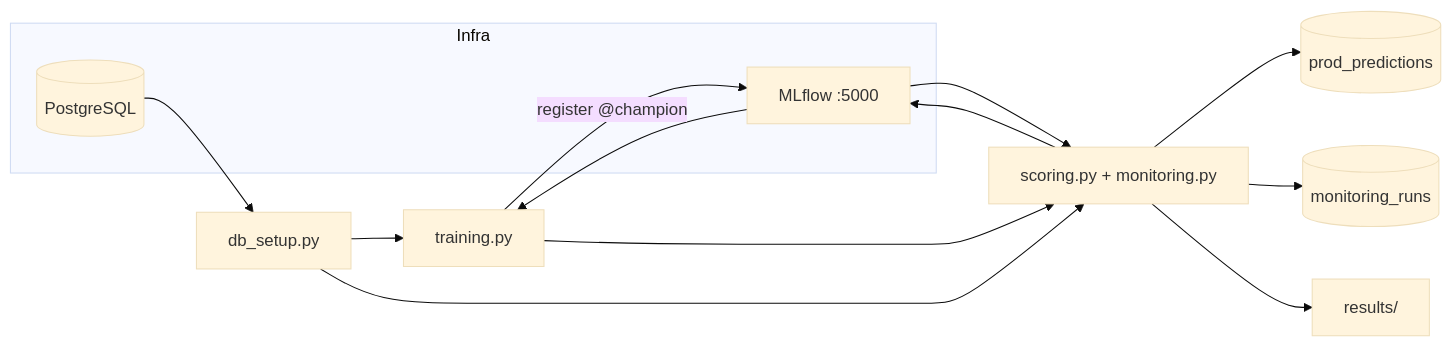
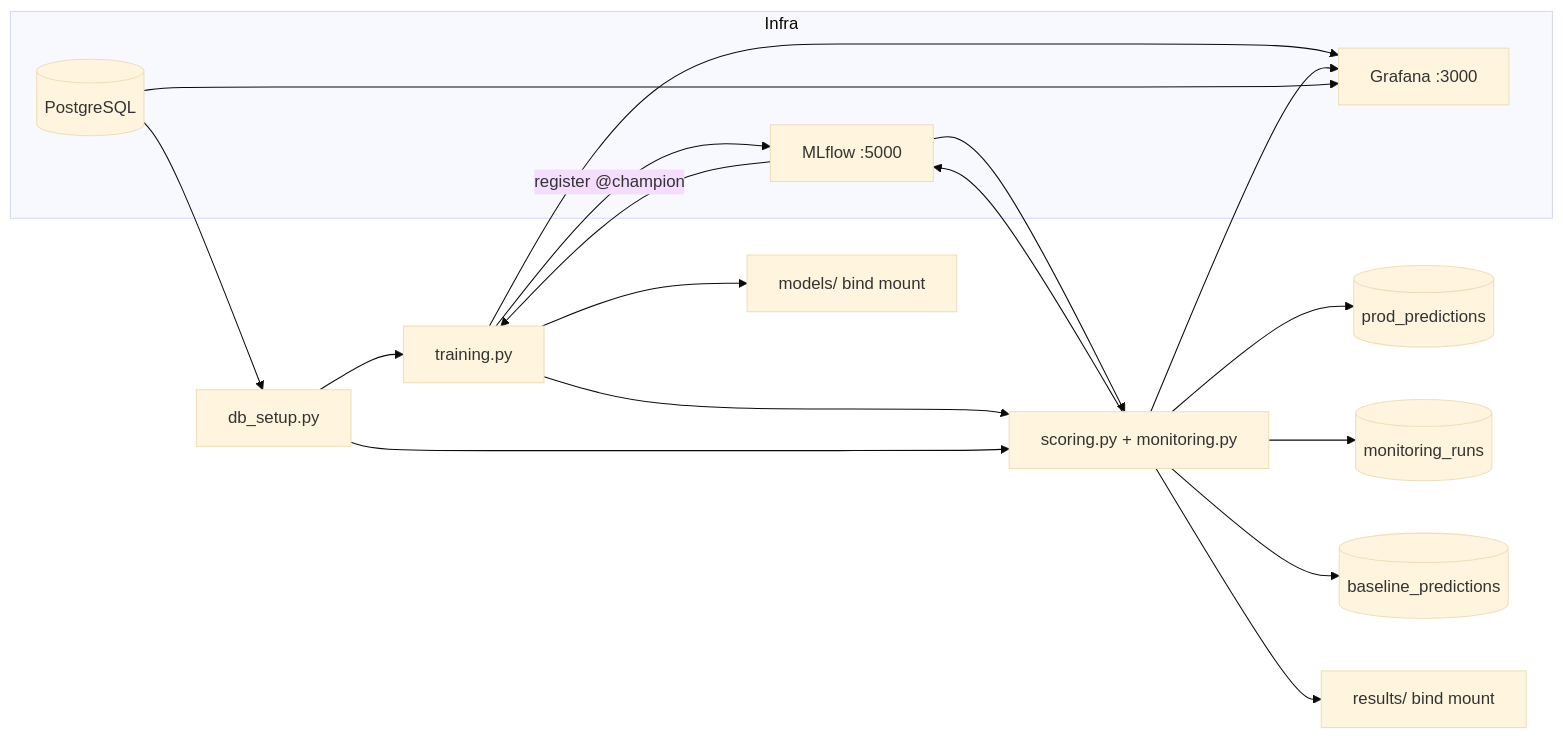
One commit to lucasgaggino/metlife_challenge changed the first of 2 diagrams in CHALLENGE_ENTREGA.md. Above: the diagram before and after it, drawn with Mermaid (base theme). The commit also changed other lines of this file and 4 other files, not shown here.

````diff
--- a/CHALLENGE_ENTREGA.md
+++ b/CHALLENGE_ENTREGA.md
@@ -23,21 +35,27 @@
 ```mermaid
 flowchart LR
   subgraph infra [Infra]
     PG[(PostgreSQL)]
     MLF[MLflow :5000]
+    GF[Grafana :3000]
   end
   DB[db_setup.py]
   TR[training.py]
   SC[scoring.py + monitoring.py]
   PG --> DB
   MLF --> TR
   DB --> TR
   TR -->|register @champion| MLF
   TR --> SC
   MLF --> SC
   DB --> SC
   SC --> T1[(prod_predictions)]
   SC --> T2[(monitoring_runs)]
-  SC --> R[results/]
+  SC --> T3[(baseline_predictions)]
+  SC --> R[results/ bind mount]
+  TR --> M[models/ bind mount]
   SC --> MLF
+  TR --> GF
+  SC --> GF
+  PG --> GF
 ```
````
